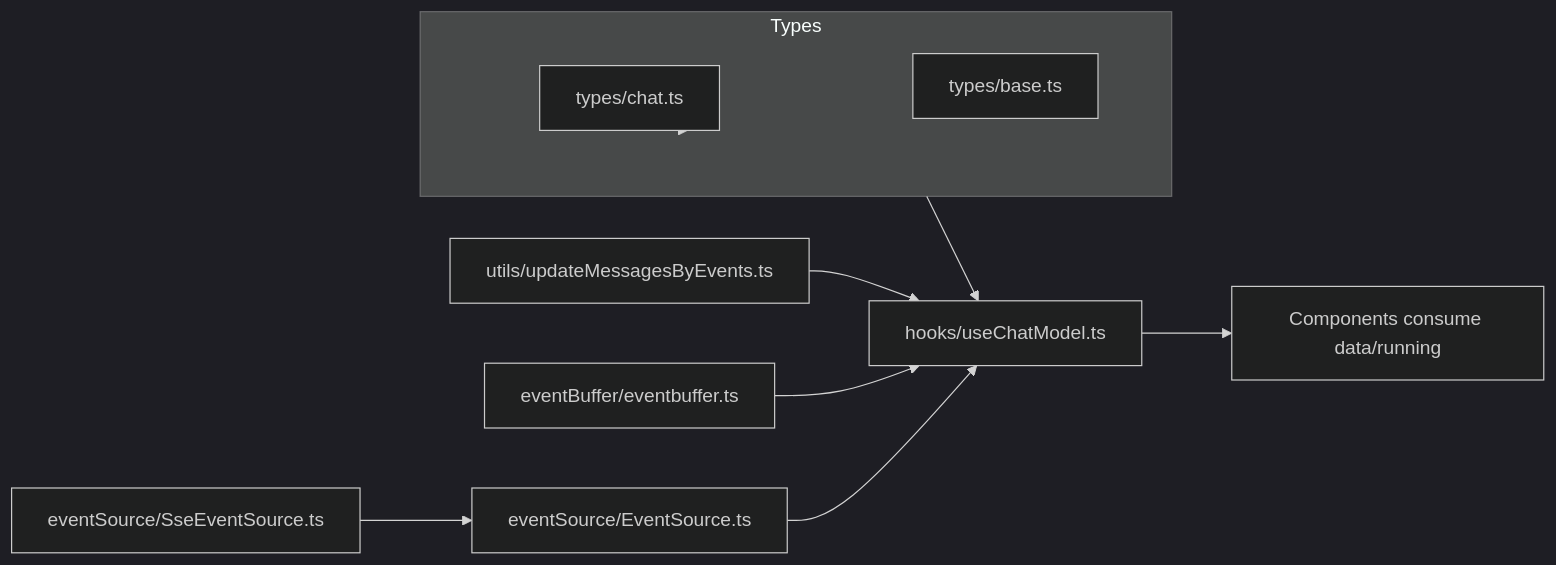
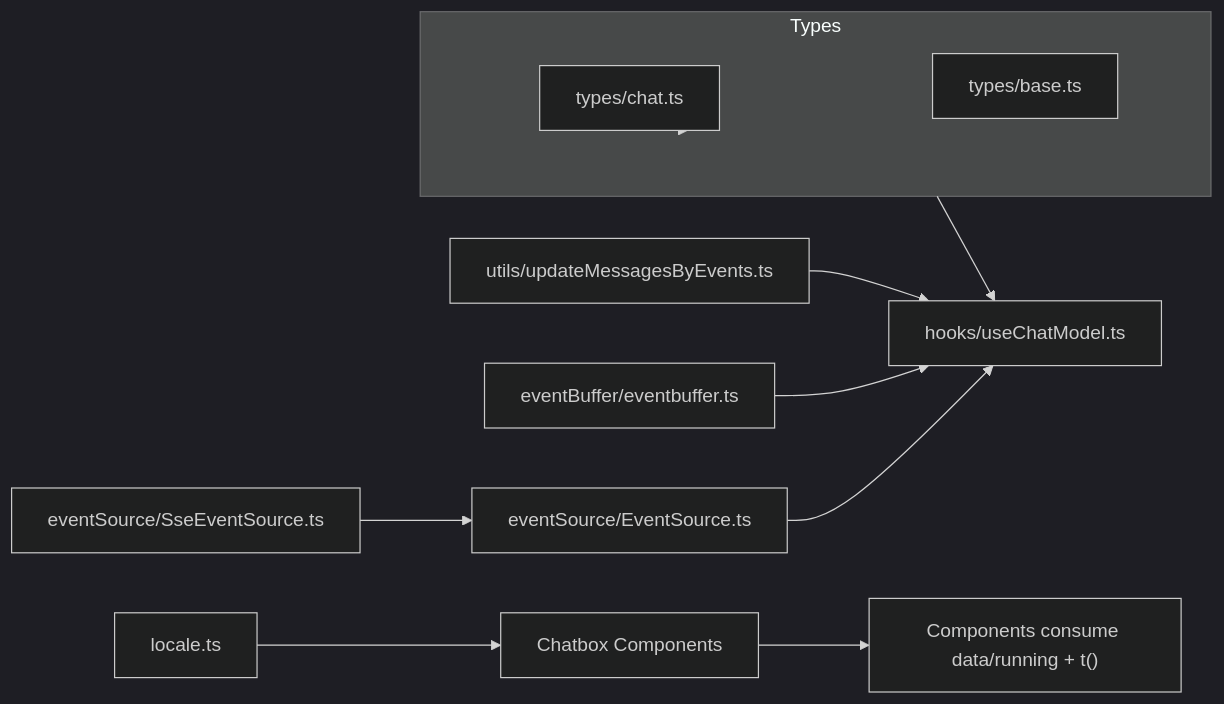
One commit to alibaba/tron-one-agent changed diagram 12 of 12 in .qoder/repowiki/en/content/Frontend Architecture/State Management and Data Flow.md. Above: the diagram before and after it, drawn with Mermaid (dark theme). The commit also changed other lines of this file and 8 other files, not shown here.

````diff
--- a/.qoder/repowiki/en/content/Frontend Architecture/State Management and Data Flow.md
+++ b/.qoder/repowiki/en/content/Frontend Architecture/State Management and Data Flow.md
@@ -348,15 +471,16 @@
 ```mermaid
 graph LR
 Types["types/*"] --> Hook["hooks/useChatModel.ts"]
 Utils["utils/updateMessagesByEvents.ts"] --> Hook
 Buffer["eventBuffer/eventbuffer.ts"] --> Hook
 ESAbst["eventSource/EventSource.ts"] --> Hook
 ESImpl["eventSource/SseEventSource.ts"] --> ESAbst
-Hook --> UI["Components consume data/running"]
+Locale["locale.ts"] --> Components["Chatbox Components"]
+Components --> UI["Components consume data/running + t()"]
 subgraph "Types"
 TChat["types/chat.ts"]
 TBase["types/base.ts"]
 end
 Types --> TChat
 Types --> TBase
 ```
````
